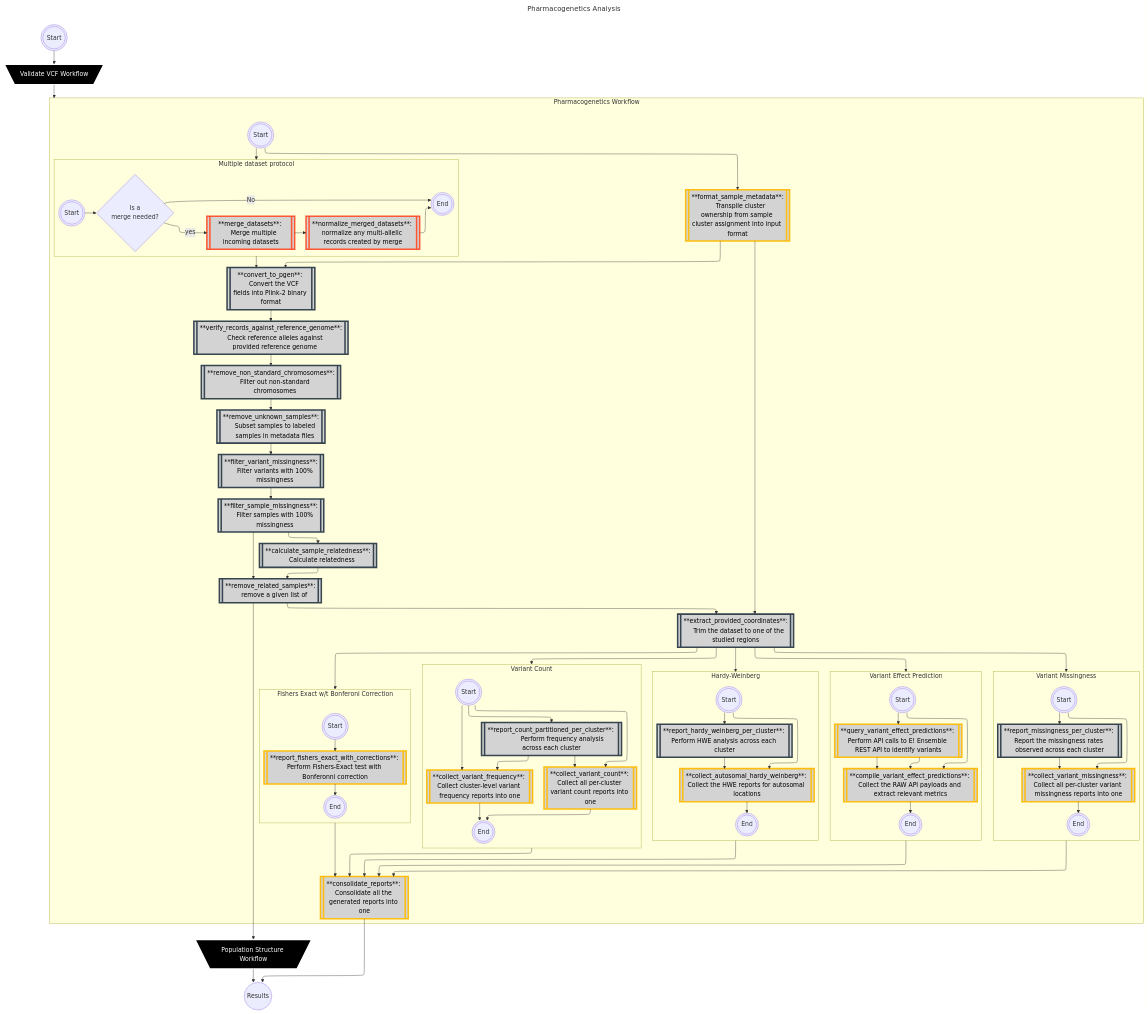
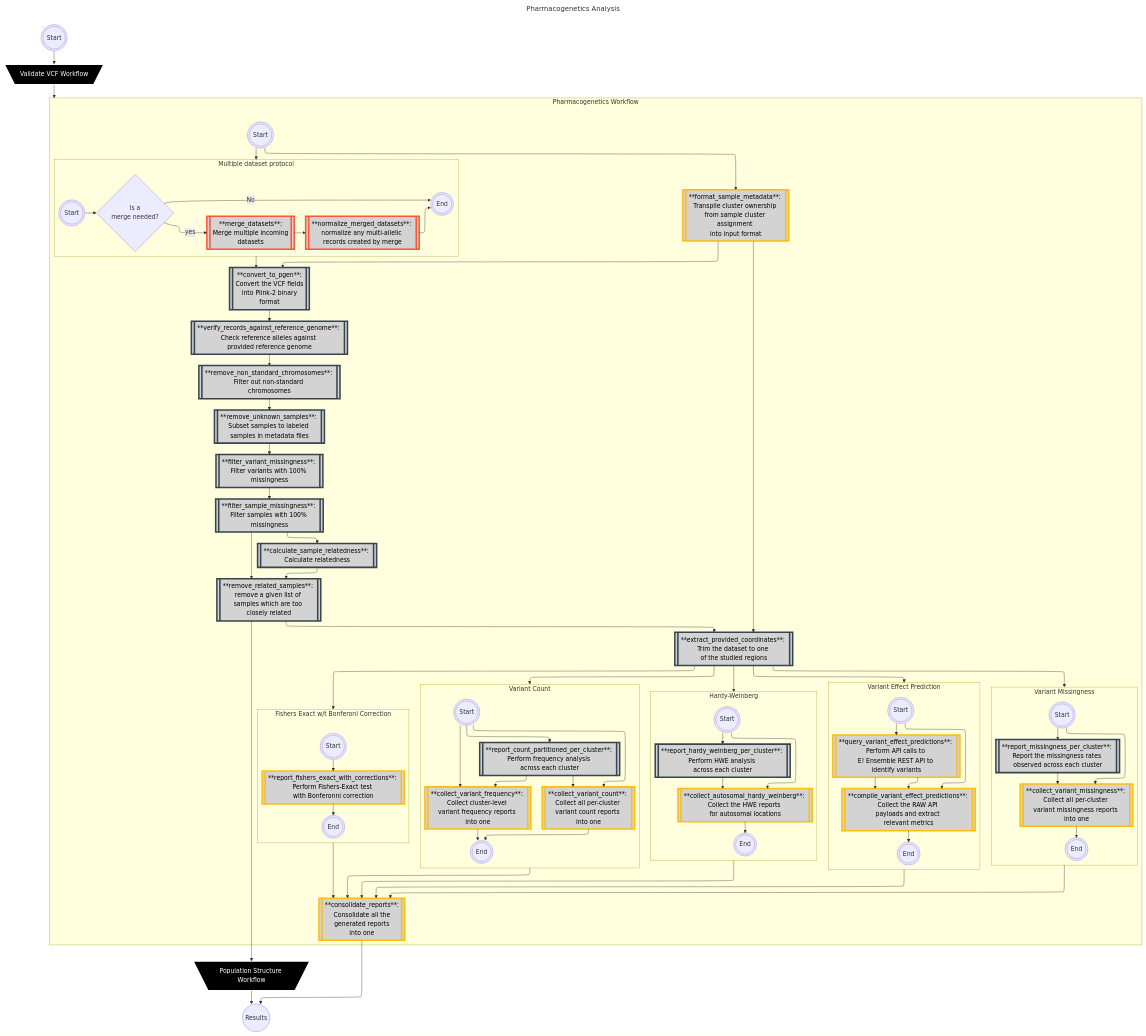
One commit to Tuks-ICMM/Pharmacogenetic-Analysis-Pipeline changed the first of 34 diagrams in docs/02-workflow/02-methodology.md. Above: the diagram before and after it, drawn with Mermaid.

Commit message:
Updated methodology diagram

```diff
--- a/docs/02-workflow/02-methodology.md
+++ b/docs/02-workflow/02-methodology.md
@@ -72,12 +72,10 @@
         subgraph multipleVcfProtocol [Multiple dataset protocol]
             direction LR
             multipleVcfProtocolStart(((Start)))
-            ifMergeRequired{Is a 
-    merge needed?}
-            merge_datasets[[**merge_datasets**: 
-    Merge multiple incoming datasets]]
+            ifMergeRequired{Is a <br>merge needed?}
+            merge_datasets[[**merge_datasets**: <br>Merge multiple incoming <br>datasets]]
 
-            normalize_merged_datasets[[**normalize_merged_datasets**: normalize any multi-allelic records created by merge]]
+            normalize_merged_datasets[[**normalize_merged_datasets**: <br>normalize any multi-allelic <br>records created by merge]]
             multipleVcfProtocolEnd(((End)))
 
             class merge_datasets,normalize_merged_datasets bcftools;
@@ -86,48 +84,32 @@
             ifMergeRequired --> |No| multipleVcfProtocolEnd
         end
 
-        convert_to_pgen[[**convert_to_pgen**: 
-    Convert the VCF fields into Plink-2 binary format]]
-        remove_unknown_samples[[**remove_unknown_samples**:
-    Subset samples to labeled
-    samples in metadata files]]
+        format_sample_metadata[[**format_sample_metadata**: <br>Transpile cluster ownership <br>from sample cluster assignment <br>into input format]]
 
-        format_sample_metadata[[**format_sample_metadata**:
-    Transpile cluster ownership from sample cluster assignment into input format]]
+        convert_to_pgen[[**convert_to_pgen**: <br>Convert the VCF fields <br>into Plink-2 binary <br>format]]
 
+        verify_records_against_reference_genome[[**verify_records_against_reference_genome**: <br>Check reference alleles against <br>provided reference genome]]
+
+        remove_non_standard_chromosomes[[**remove_non_standard_chromosomes**: <br>Filter out non-standard <br>chromosomes]]
         
-        verify_records_against_reference_genome[[**verify_records_against_reference_genome**:
-    Check reference alleles against
-    provided reference genome]]
+        remove_unknown_samples[[**remove_unknown_samples**: <br>Subset samples to labeled <br>samples in metadata files]]
         
-        filter_variant_missingness[[**filter_variant_missingness**:
-    Filter variants with 100%
-    missingness]]
+        filter_variant_missingness[[**filter_variant_missingness**: <br>Filter variants with 100% <br>missingness]]
         
-        filter_sample_missingness[[**filter_sample_missingness**:
-    Filter samples with 100%
-    missingness]]
+        filter_sample_missingness[[**filter_sample_missingness**: <br>Filter samples with 100% <br>missingness]]
 
-        remove_non_standard_chromosomes[[**remove_non_standard_chromosomes**:
-    Filter out non-standard
-    chromosomes]]
+        calculate_sample_relatedness[[**calculate_sample_relatedness**: <br>Calculate relatedness]]
 
-        calculate_sample_relatedness[[**calculate_sample_relatedness**:
-    Calculate relatedness]]
+        remove_related_samples[[**remove_related_samples**: <br>remove a given list of <br>samples which are too <br>closely related]]
 
-        remove_related_samples[[**remove_related_samples**:
-    remove a given list of]]
-
-        extract_provided_coordinates[[**extract_provided_coordinates**:
-    Trim the dataset to one of the studied regions]]
+        extract_provided_coordinates[[**extract_provided_coordinates**: <br>Trim the dataset to one <br>of the studied regions]]
 
         subgraph variant_count[Variant Count]
             variant_count_START(((Start)))
             variant_count_END(((End)))
-            report_count_partitioned_per_cluster[[**report_count_partitioned_per_cluster**: 
-            Perform frequency analysis across each cluster]]
-            collect_variant_frequency[[**collect_variant_frequency**: Collect cluster-level variant frequency reports into one]]
-            collect_variant_count[[**collect_variant_count**: Collect all per-cluster variant count reports into one]]
+            report_count_partitioned_per_cluster[[**report_count_partitioned_per_cluster**: <br>Perform frequency analysis <br>across each cluster]]
+            collect_variant_frequency[[**collect_variant_frequency**: <br>Collect cluster-level <br>variant frequency reports <br>into one]]
+            collect_variant_count[[**collect_variant_count**: <br>Collect all per-cluster <br>variant count reports <br>into one]]
 
             variant_count_START --> report_count_partitioned_per_cluster & collect_variant_frequency & collect_variant_count
             report_count_partitioned_per_cluster --> collect_variant_frequency
@@ -139,8 +121,8 @@
         subgraph hardy_weinberg[Hardy-Weinberg]
             hardy_weinberg_START(((Start)))
             hardy_weinberg_END(((End)))
-            report_hardy_weinberg_per_cluster[[**report_hardy_weinberg_per_cluster**: Perform HWE analysis across each cluster]]
-            collect_autosomal_hardy_weinberg[[**collect_autosomal_hardy_weinberg**: Collect the HWE reports for autosomal locations]]
+            report_hardy_weinberg_per_cluster[[**report_hardy_weinberg_per_cluster**: <br>Perform HWE analysis <br>across each cluster]]
+            collect_autosomal_hardy_weinberg[[**collect_autosomal_hardy_weinberg**: <br>Collect the HWE reports <br>for autosomal locations]]
 
             hardy_weinberg_START --> report_hardy_weinberg_per_cluster & collect_autosomal_hardy_weinberg
             report_hardy_weinberg_per_cluster --> collect_autosomal_hardy_weinberg
@@ -150,8 +132,8 @@
         subgraph variant_missingness[Variant Missingness]
             variant_missingness_START(((Start)))
             variant_missingness_END(((End)))
-            report_missingness_per_cluster[[**report_missingness_per_cluster**: Report the missingness rates observed across each cluster]]
-            collect_variant_missingness[[**collect_variant_missingness**: Collect all per-cluster variant missingness reports into one]]
+            report_missingness_per_cluster[[**report_missingness_per_cluster**: <br>Report the missingness rates <br>observed across each cluster]]
+            collect_variant_missingness[[**collect_variant_missingness**: <br>Collect all per-cluster <br>variant missingness reports <br>into one]]
 
             variant_missingness_START --> report_missingness_per_cluster & collect_variant_missingness
             report_missingness_per_cluster --> collect_variant_missingness
@@ -161,8 +143,8 @@
         subgraph vep[Variant Effect Prediction]
             vep_START(((Start)))
             vep_END(((End)))
-            query_variant_effect_predictions[[**query_variant_effect_predictions**: Perform API calls to E! Ensemble REST API to identify variants]]
-            compile_variant_effect_predictions[[**compile_variant_effect_predictions**: Collect the RAW API payloads and extract relevant metrics]]
+            query_variant_effect_predictions[[**query_variant_effect_predictions**: <br>Perform API calls to <br>E! Ensemble REST API to <br>identify variants]]
+            compile_variant_effect_predictions[[**compile_variant_effect_predictions**: <br>Collect the RAW API <br>payloads and extract <br>relevant metrics]]
             
             vep_START --> query_variant_effect_predictions & compile_variant_effect_predictions
             query_variant_effect_predictions --> compile_variant_effect_predictions
@@ -172,7 +154,7 @@
         subgraph fishers_exact[Fishers Exact w/t Bonferoni Correction]
             fishers_exact_START(((Start)))
             fishers_exact_END(((End)))
-            report_fishers_exact_with_corrections[[**report_fishers_exact_with_corrections**: Perform Fishers-Exact test with Bonferonni correction]]
+            report_fishers_exact_with_corrections[[**report_fishers_exact_with_corrections**: <br>Perform Fishers-Exact test <br>with Bonferonni correction]]
 
             fishers_exact_START --> report_fishers_exact_with_corrections --> fishers_exact_END
         end
@@ -182,7 +164,7 @@
 
 
 
-        consolidate_reports[[**consolidate_reports**: Consolidate all the generated reports into one]]
+        consolidate_reports[[**consolidate_reports**: <br>Consolidate all the <br>generated reports <br>into one]]
 
         class format_sample_metadata,query_variant_effect_predictions,compile_variant_effect_predictions,collect_autosomal_hardy_weinberg,collect_variant_count,collect_variant_frequency,collect_variant_missingness,report_fishers_exact_with_corrections,consolidate_reports python;
 
```
